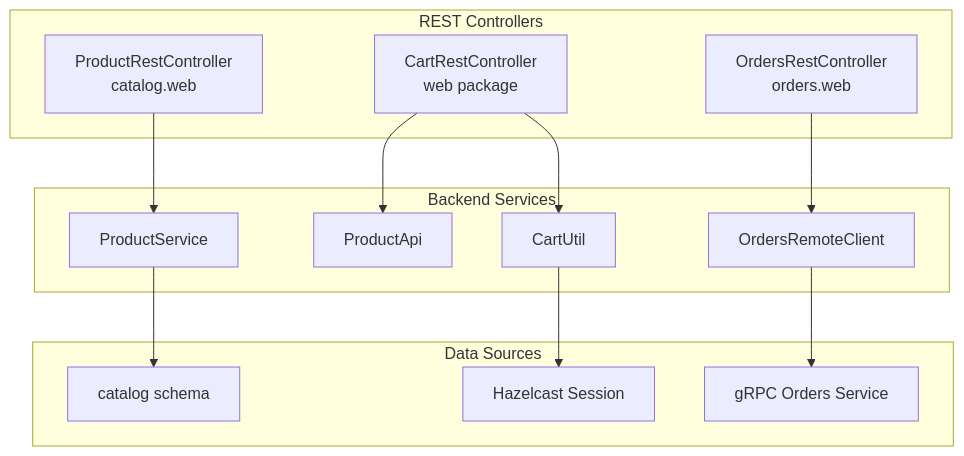
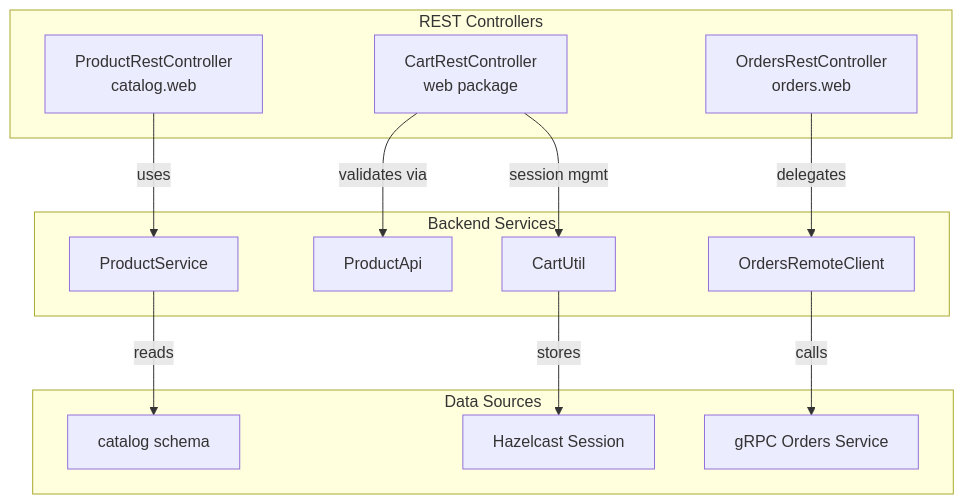
The second of 3 diagrams in docs/deepwiki/API-Documentation.md (philipz/spring-modular-monolith), drawn with Mermaid before and after one commit. The commit also changed other lines of this file and 55 other files, not shown here.

````diff
--- a/docs/deepwiki/API-Documentation.md
+++ b/docs/deepwiki/API-Documentation.md
@@ -135,41 +135,41 @@
 ```mermaid
 flowchart TD
 
 ProductRest["ProductRestController<br>catalog.web"]
 CartRest["CartRestController<br>web package"]
 OrdersRest["OrdersRestController<br>orders.web"]
 ProductService["ProductService"]
 ProductApi["ProductApi"]
 CartUtil["CartUtil"]
 OrdersRemoteClient["OrdersRemoteClient"]
 CatalogDB["catalog schema"]
 HazelcastSession["Hazelcast Session"]
 GrpcOrders["gRPC Orders Service"]
 
-ProductRest --> ProductService
-ProductService --> CatalogDB
-CartRest --> ProductApi
-CartRest --> CartUtil
-CartUtil --> HazelcastSession
-OrdersRest --> OrdersRemoteClient
-OrdersRemoteClient --> GrpcOrders
+ProductRest -->|"uses"| ProductService
+ProductService -->|"reads"| CatalogDB
+CartRest -->|"validates via"| ProductApi
+CartRest -->|"session mgmt"| CartUtil
+CartUtil -->|"stores"| HazelcastSession
+OrdersRest -->|"delegates"| OrdersRemoteClient
+OrdersRemoteClient -->|"calls"| GrpcOrders
 
 subgraph subGraph2 ["Data Sources"]
     CatalogDB
     HazelcastSession
     GrpcOrders
 end
 
 subgraph subGraph1 ["Backend Services"]
     ProductService
     ProductApi
     CartUtil
     OrdersRemoteClient
 end
 
 subgraph subGraph0 ["REST Controllers"]
     ProductRest
     CartRest
     OrdersRest
 end
 ```
````
